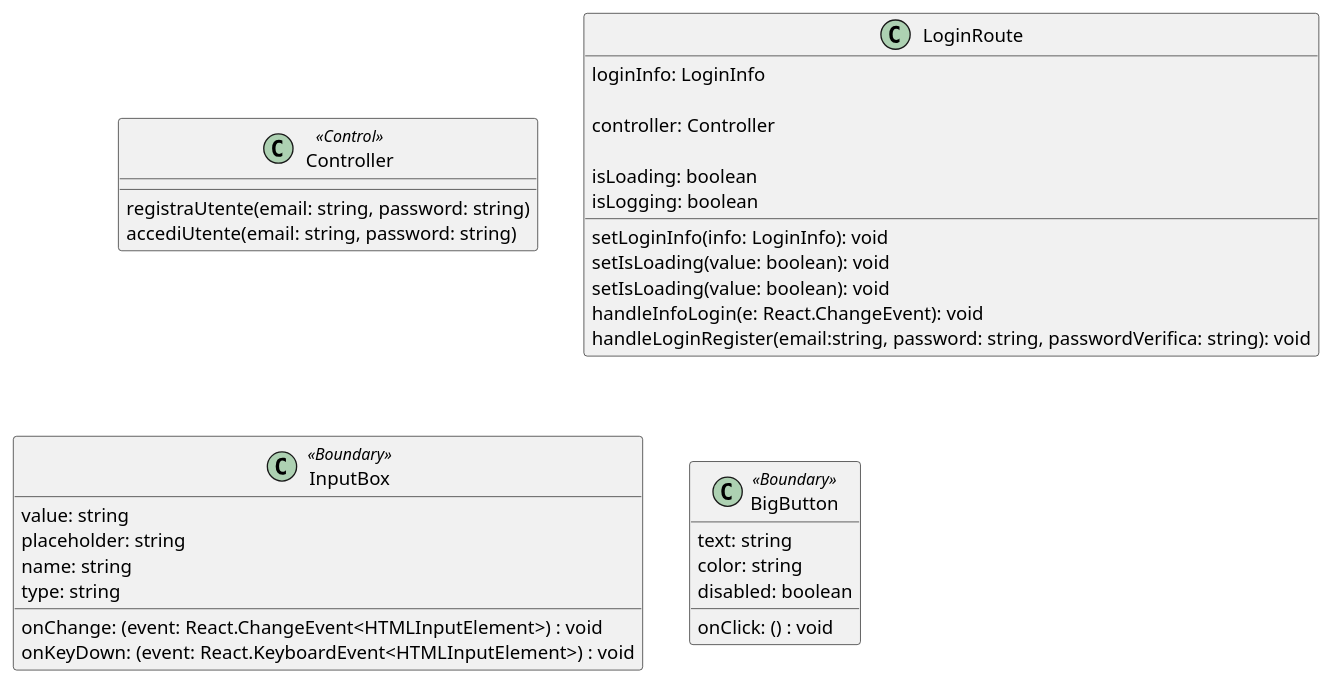
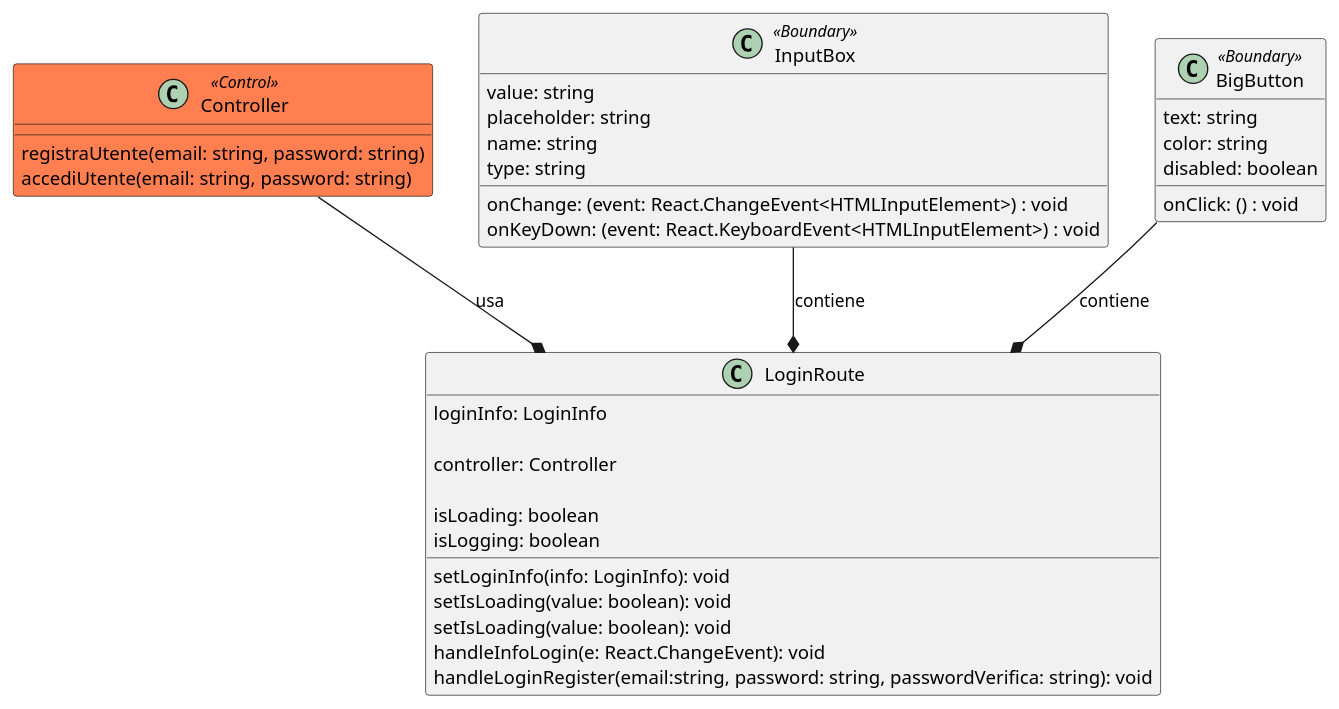
Before and after one commit to macro21KGB/Esame-INGSW-22-23: the diagram in diagrams/PUML/routes/LoginRegisterRoute.puml, drawn with PlantUML. The commit also changed other lines of this file and 5 other files, not shown here.

```diff
--- a/diagrams/PUML/routes/LoginRegisterRoute.puml
+++ b/diagrams/PUML/routes/LoginRegisterRoute.puml
@@ -1,48 +1,56 @@
 @startuml login_route
 
-class Controller <<Control>> {
+class Controller <<Control>> #coral{
   
   registraUtente(email: string, password: string)
   accediUtente(email: string, password: string)
 
 }
 
 class LoginRoute {
   loginInfo: LoginInfo
   setLoginInfo(info: LoginInfo): void
 
   controller: Controller
 
   isLoading: boolean
   isLogging: boolean
 
   setIsLoading(value: boolean): void
   setIsLoading(value: boolean): void
 
 
   handleInfoLogin(e: React.ChangeEvent): void
   handleLoginRegister(email:string, password: string, passwordVerifica: string): void
 
 }
 
 class InputBox <<Boundary>> {
 
 	value: string
 	placeholder: string
 	name: string
 	type: string
 	onChange: (event: React.ChangeEvent<HTMLInputElement>) : void
 	onKeyDown: (event: React.KeyboardEvent<HTMLInputElement>) : void
 
 }
 
 class BigButton <<Boundary>> {
 
   onClick: () : void
   text: string
   color: string
   disabled: boolean
 
 }
 
+
+
+
+
+BigButton --* LoginRoute : contiene
+InputBox--* LoginRoute : contiene
+Controller --* LoginRoute : usa
+
 @enduml
```
